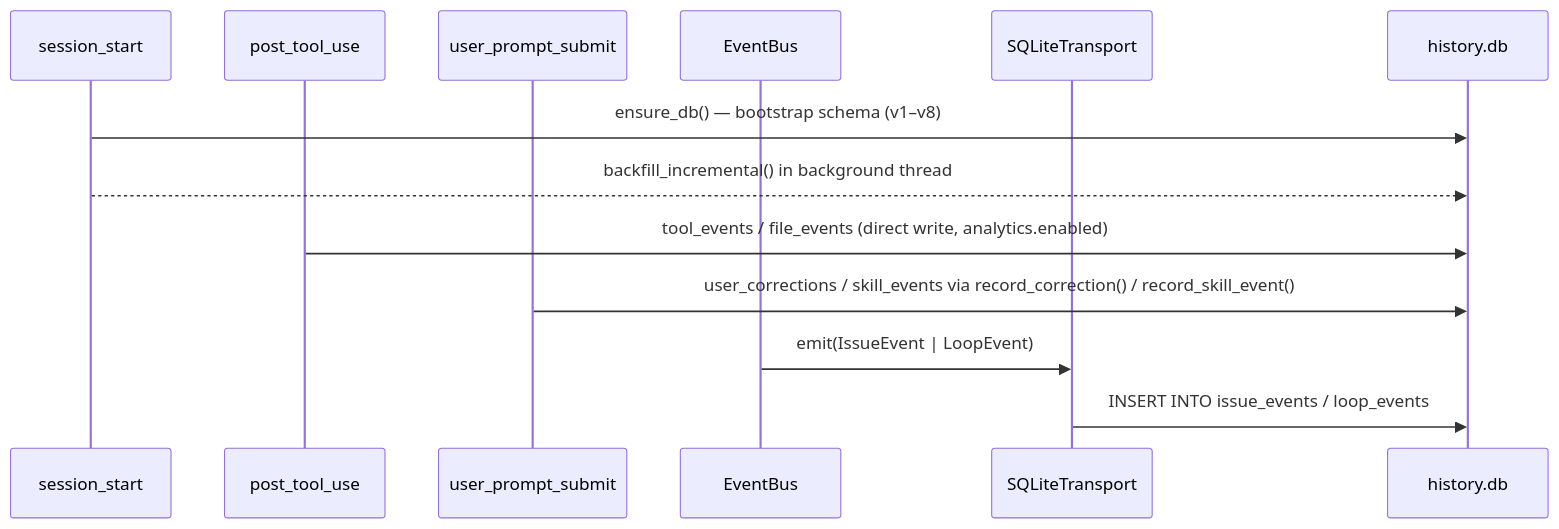
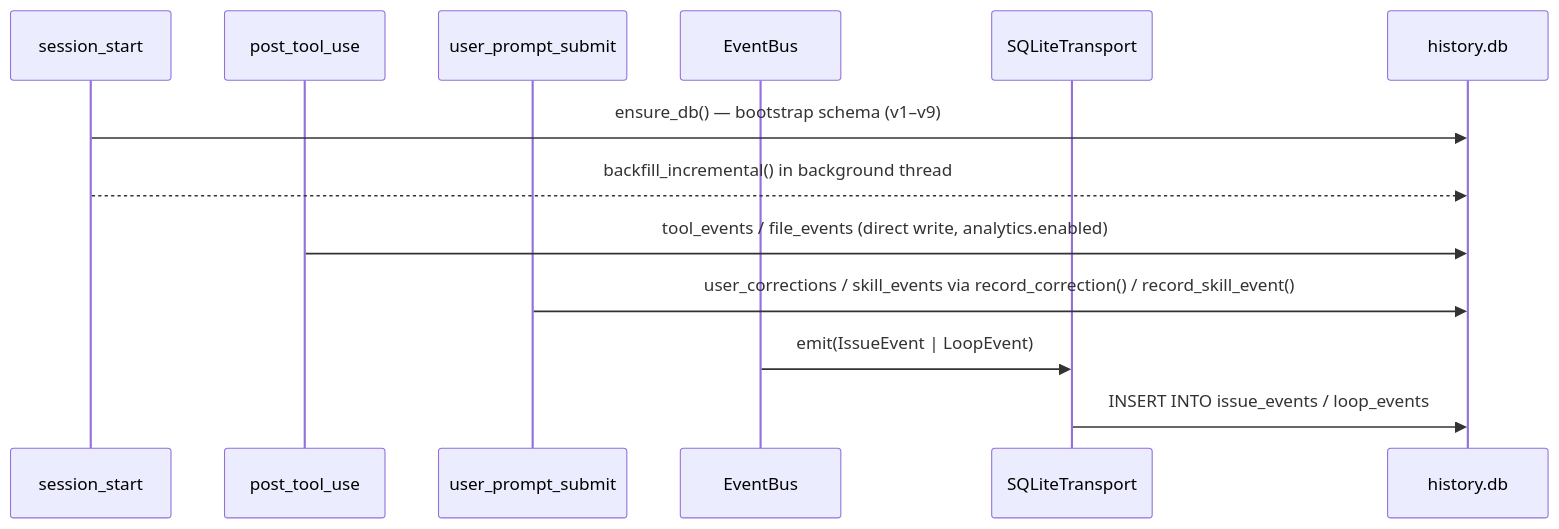
The fifth of 16 diagrams in docs/ARCHITECTURE.md (BrennonTWilliams/little-loops), drawn with Mermaid before and after one commit. The commit also changed other lines of this file and 7 other files, not shown here.

````diff
--- a/docs/ARCHITECTURE.md
+++ b/docs/ARCHITECTURE.md
@@ -596,16 +597,16 @@
 ```mermaid
 sequenceDiagram
     participant SS as session_start
     participant PTU as post_tool_use
     participant UPS as user_prompt_submit
     participant EB as EventBus
     participant ST as SQLiteTransport
     participant DB as history.db
 
-    SS->>DB: ensure_db() — bootstrap schema (v1–v8)
+    SS->>DB: ensure_db() — bootstrap schema (v1–v9)
     SS-->>DB: backfill_incremental() in background thread
     PTU->>DB: tool_events / file_events (direct write, analytics.enabled)
     UPS->>DB: user_corrections / skill_events via record_correction() / record_skill_event()
     EB->>ST: emit(IssueEvent | LoopEvent)
     ST->>DB: INSERT INTO issue_events / loop_events
 ```
````
